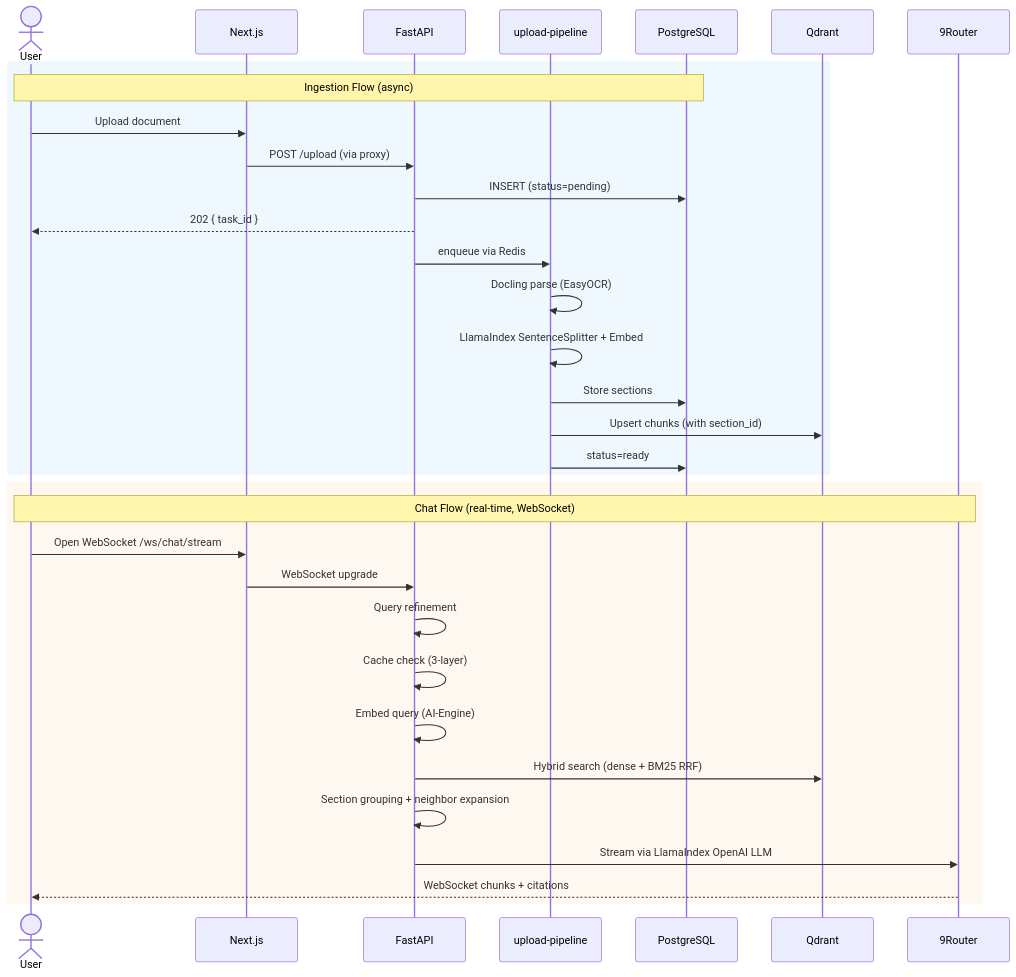
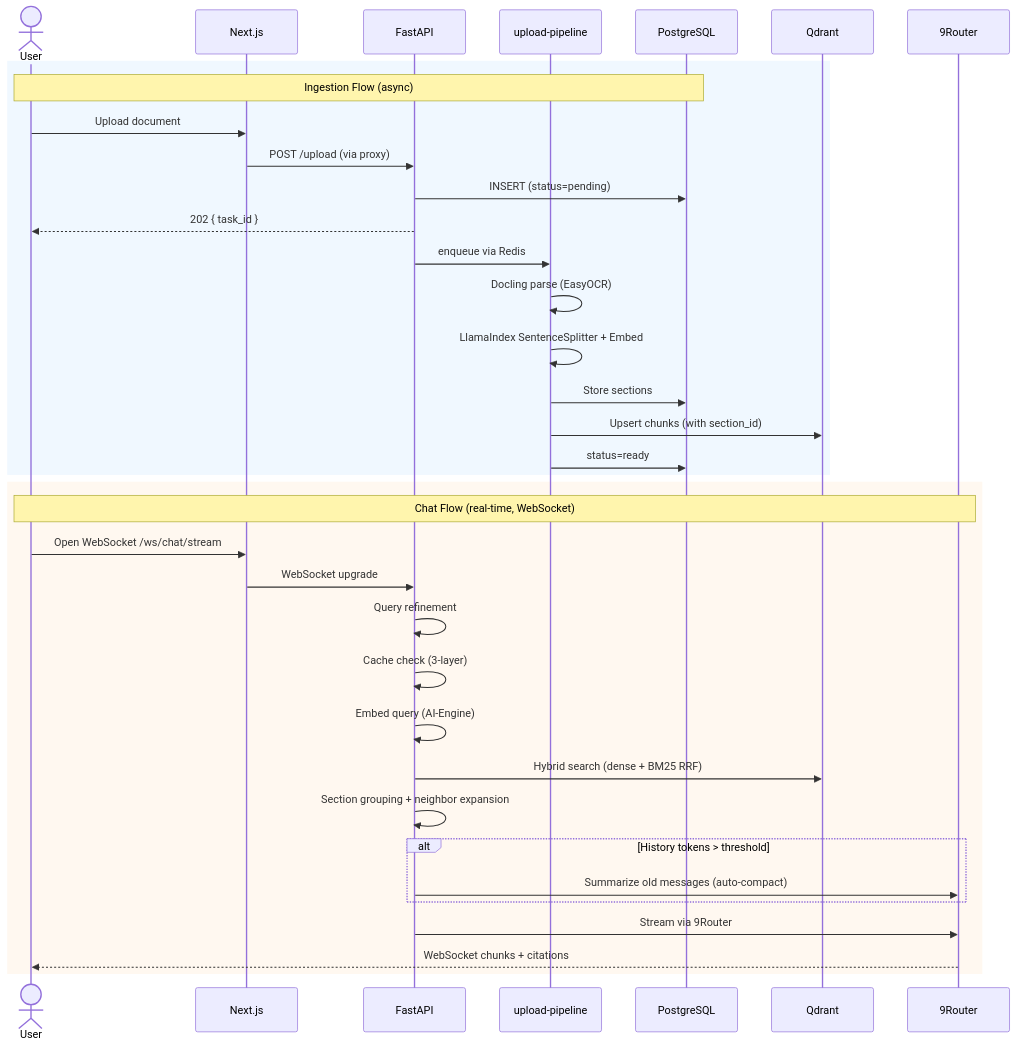
The second of 5 diagrams in README.md (qtuanph/chatbot-rag), drawn with Mermaid before and after one commit. The commit also changed other lines of this file and 5 other files, not shown here.

````diff
--- a/README.md
+++ b/README.md
@@ -162,37 +163,40 @@
 ```mermaid
 sequenceDiagram
     actor User
     participant Web as Next.js
     participant API as FastAPI
     participant Worker as upload-pipeline
     participant DB as PostgreSQL
     participant Q as Qdrant
     participant Proxy as 9Router
 
     rect rgb(240, 248, 255)
         Note over User,DB: Ingestion Flow (async)
         User->>Web: Upload document
         Web->>API: POST /upload (via proxy)
         API->>DB: INSERT (status=pending)
         API-->>User: 202 { task_id }
         API->>Worker: enqueue via Redis
         Worker->>Worker: Docling parse (EasyOCR)
         Worker->>Worker: LlamaIndex SentenceSplitter + Embed
         Worker->>DB: Store sections
         Worker->>Q: Upsert chunks (with section_id)
         Worker->>DB: status=ready
     end
 
     rect rgb(255, 248, 240)
         Note over User,Proxy: Chat Flow (real-time, WebSocket)
         User->>Web: Open WebSocket /ws/chat/stream
         Web->>API: WebSocket upgrade
         API->>API: Query refinement
         API->>API: Cache check (3-layer)
         API->>API: Embed query (AI-Engine)
         API->>Q: Hybrid search (dense + BM25 RRF)
         API->>API: Section grouping + neighbor expansion
-        API->>Proxy: Stream via LlamaIndex OpenAI LLM
+        alt History tokens > threshold
+            API->>Proxy: Summarize old messages (auto-compact)
+        end
+        API->>Proxy: Stream via 9Router
         Proxy-->>User: WebSocket chunks + citations
     end
 ```
````
